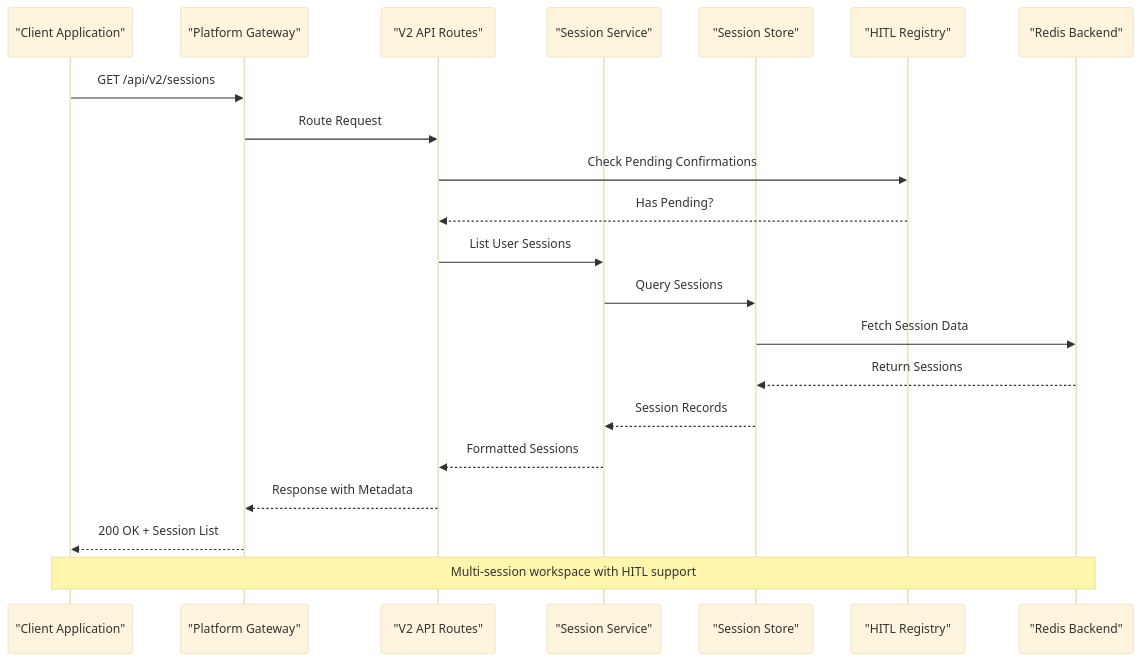
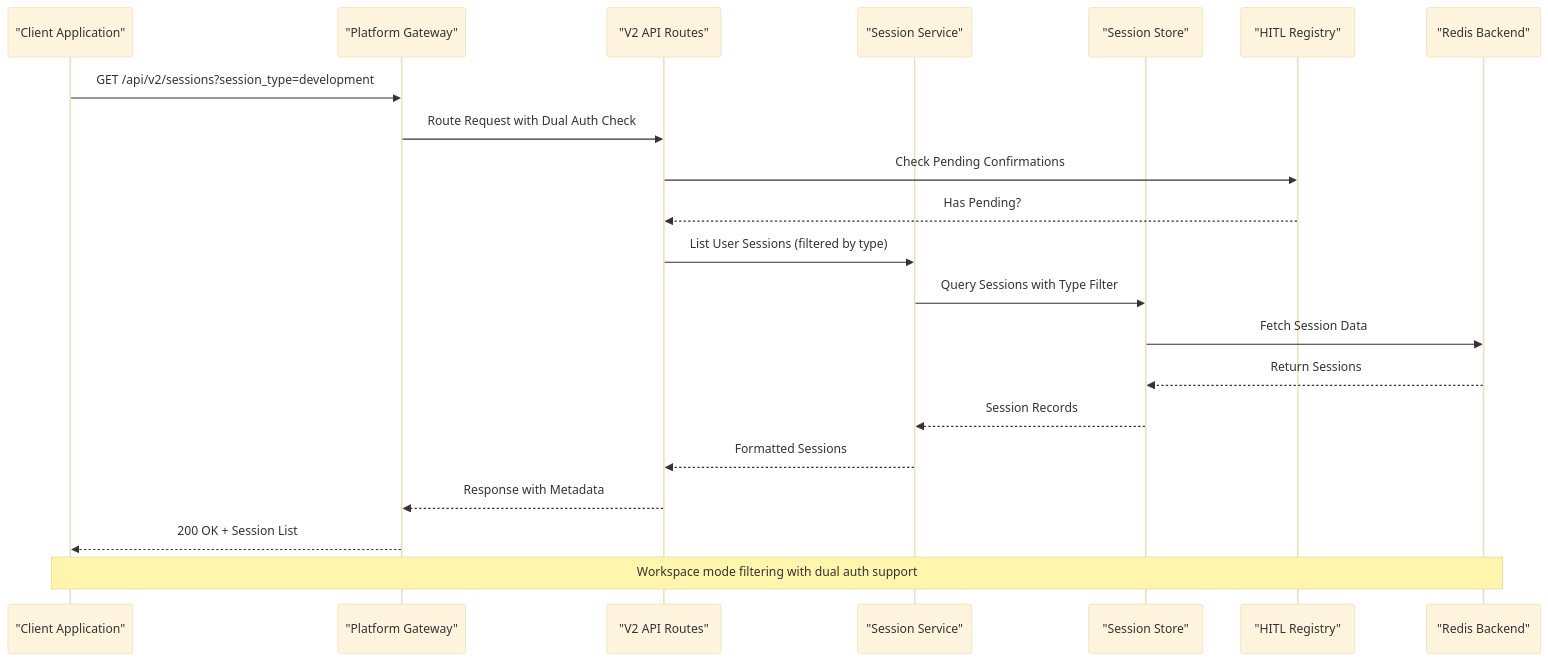
Before and after one commit to metasync/luban-aiops: the second of 10 diagrams in .qoder/repowiki/en/content/API Reference/Agent Platform API/Session Management API.md, drawn with Mermaid (base theme). The commit also changed other lines of this file and 6 other files, not shown here.

````diff
--- a/.qoder/repowiki/en/content/API Reference/Agent Platform API/Session Management API.md
+++ b/.qoder/repowiki/en/content/API Reference/Agent Platform API/Session Management API.md
@@ -121,23 +131,23 @@
 ```mermaid
 sequenceDiagram
 participant Client as "Client Application"
 participant Gateway as "Platform Gateway"
 participant V2Routes as "V2 API Routes"
 participant SessionSvc as "Session Service"
 participant Store as "Session Store"
 participant Registry as "HITL Registry"
 participant Redis as "Redis Backend"
-Client->>Gateway : GET /api/v2/sessions
-Gateway->>V2Routes : Route Request
+Client->>Gateway : GET /api/v2/sessions?session_type=development
+Gateway->>V2Routes : Route Request with Dual Auth Check
 V2Routes->>Registry : Check Pending Confirmations
 Registry-->>V2Routes : Has Pending?
-V2Routes->>SessionSvc : List User Sessions
-SessionSvc->>Store : Query Sessions
+V2Routes->>SessionSvc : List User Sessions (filtered by type)
+SessionSvc->>Store : Query Sessions with Type Filter
 Store->>Redis : Fetch Session Data
 Redis-->>Store : Return Sessions
 Store-->>SessionSvc : Session Records
 SessionSvc-->>V2Routes : Formatted Sessions
 V2Routes-->>Gateway : Response with Metadata
 Gateway-->>Client : 200 OK + Session List
-Note over Client,Redis : Multi-session workspace with HITL support
+Note over Client,Redis : Workspace mode filtering with dual auth support
 ```
````
